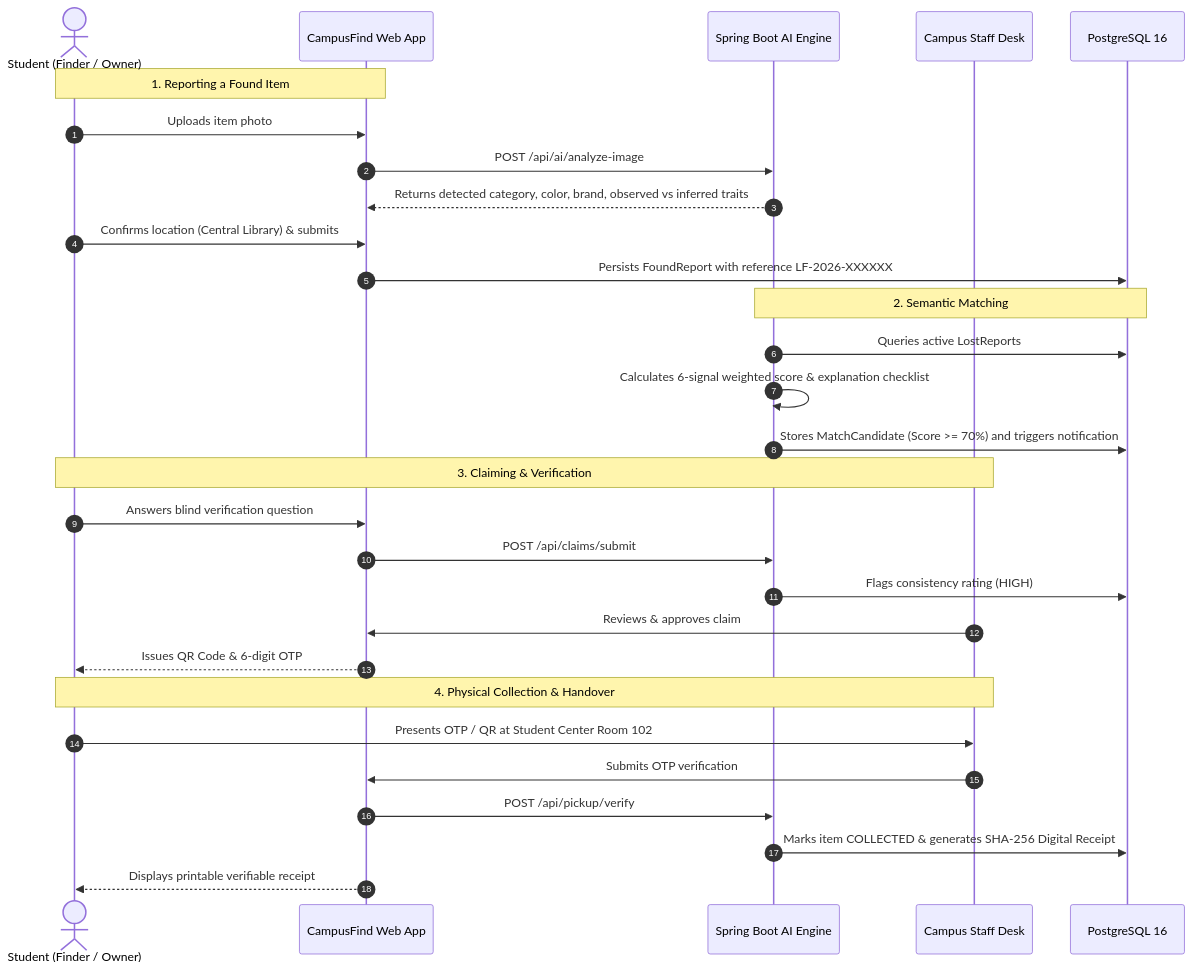
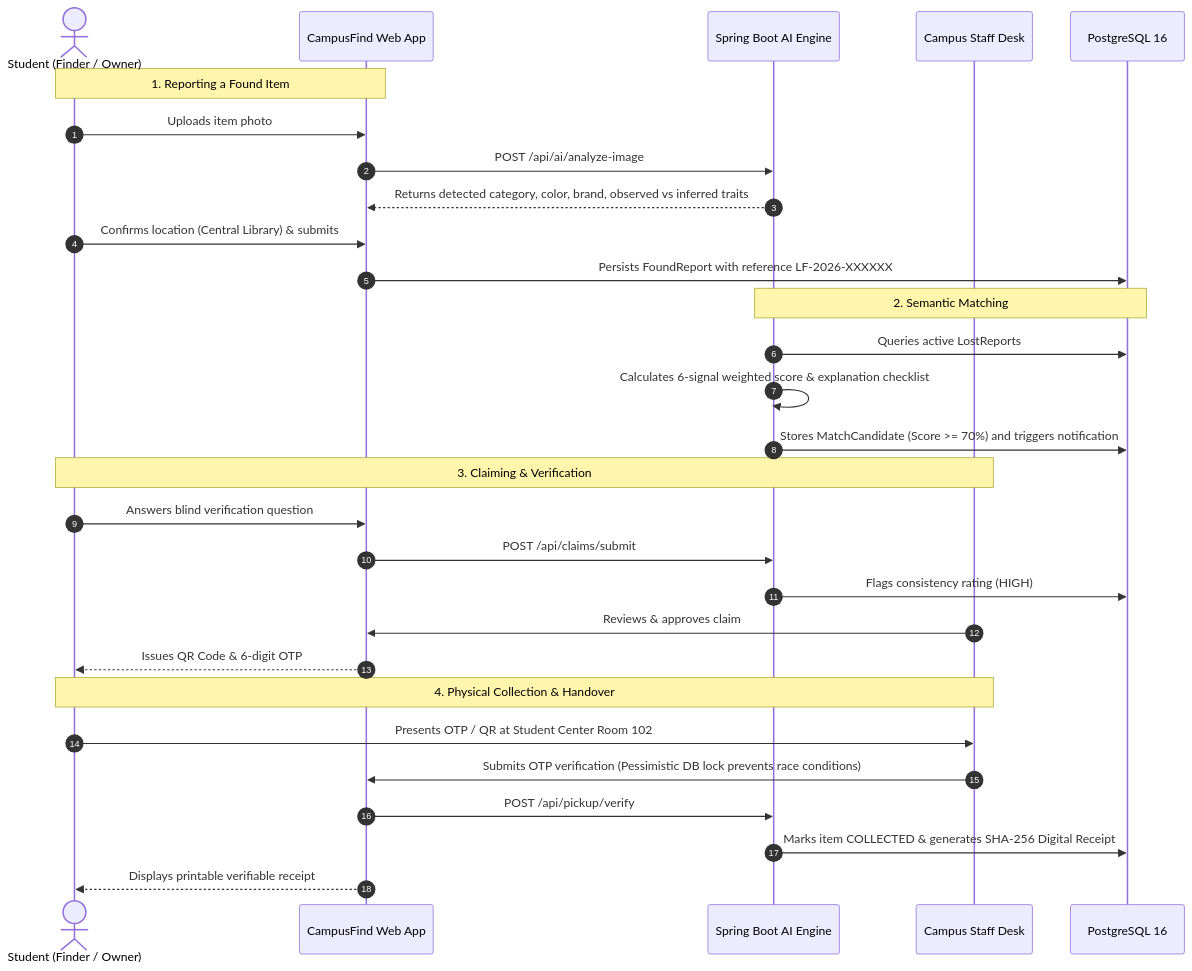
Before and after one commit to mmuthuselvam298/Campus-Lost-and-Found-System-Java---Project: the second of 2 diagrams in README.md, drawn with Mermaid. The commit also changed other lines of this file and 30 other files, not shown here.

````diff
--- a/README.md
+++ b/README.md
@@ -98,35 +145,35 @@
 ```mermaid
 sequenceDiagram
     autonumber
     actor Student as Student (Finder / Owner)
     participant UI as CampusFind Web App
     participant AI as Spring Boot AI Engine
     participant Staff as Campus Staff Desk
     participant DB as PostgreSQL 16
 
     Note over Student, UI: 1. Reporting a Found Item
     Student->>UI: Uploads item photo
     UI->>AI: POST /api/ai/analyze-image
     AI-->>UI: Returns detected category, color, brand, observed vs inferred traits
     Student->>UI: Confirms location (Central Library) & submits
     UI->>DB: Persists FoundReport with reference LF-2026-XXXXXX
 
     Note over AI, DB: 2. Semantic Matching
     AI->>DB: Queries active LostReports
     AI->>AI: Calculates 6-signal weighted score & explanation checklist
     AI->>DB: Stores MatchCandidate (Score >= 70%) and triggers notification
 
     Note over Student, Staff: 3. Claiming & Verification
     Student->>UI: Answers blind verification question
     UI->>AI: POST /api/claims/submit
     AI->>DB: Flags consistency rating (HIGH)
     Staff->>UI: Reviews & approves claim
     UI-->>Student: Issues QR Code & 6-digit OTP
 
     Note over Student, Staff: 4. Physical Collection & Handover
     Student->>Staff: Presents OTP / QR at Student Center Room 102
-    Staff->>UI: Submits OTP verification
+    Staff->>UI: Submits OTP verification (Pessimistic DB lock prevents race conditions)
     UI->>AI: POST /api/pickup/verify
     AI->>DB: Marks item COLLECTED & generates SHA-256 Digital Receipt
     UI-->>Student: Displays printable verifiable receipt
 ```
````
